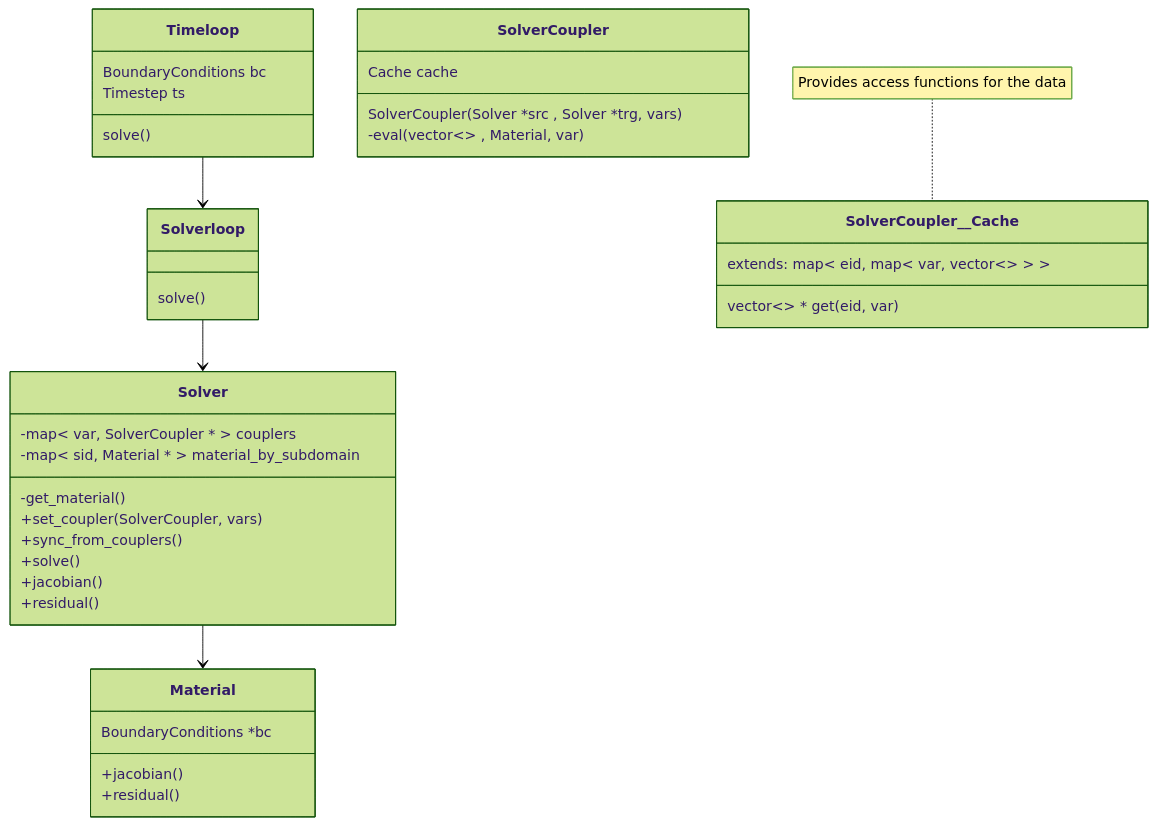
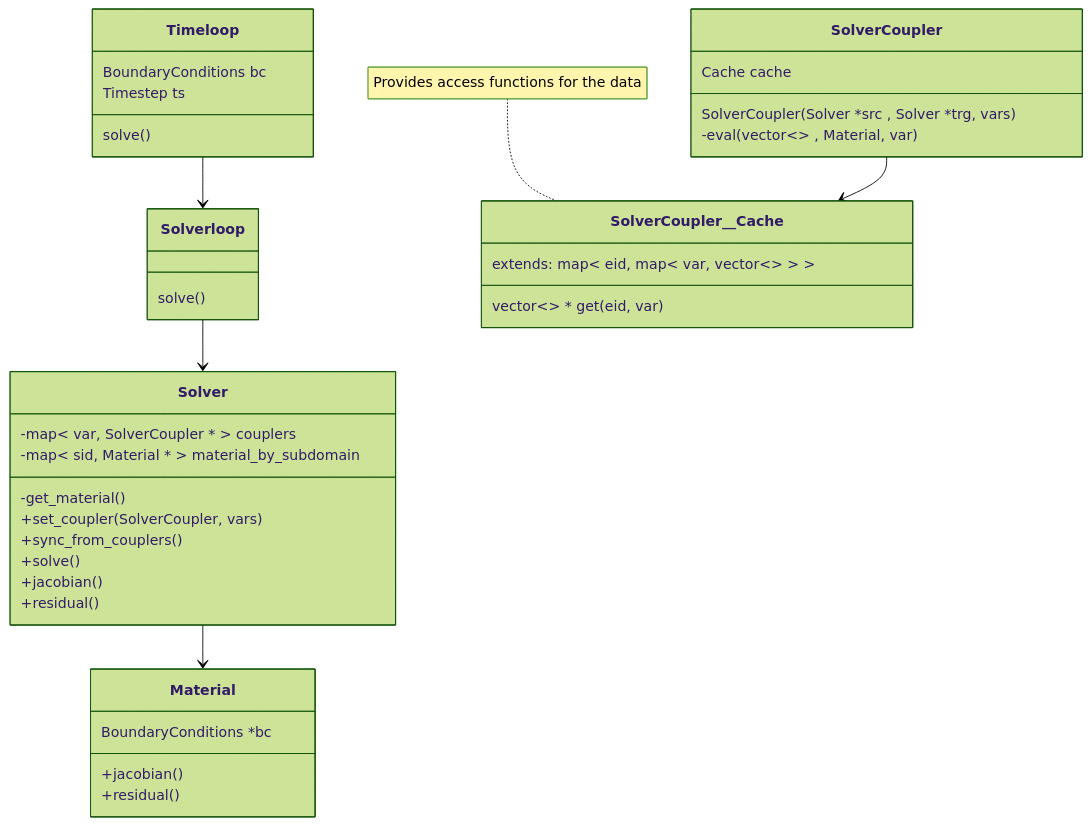
One commit to rebpoli/harpy changed the first of 2 diagrams in doc/Description.md. Above: the diagram before and after it, drawn with Mermaid (forest theme).

````diff
--- a/doc/Description.md
+++ b/doc/Description.md
@@ -20,49 +20,50 @@
 ```mermaid
 %% Interfaces, abstract classes
 classDiagram
     class Timeloop { 
         BoundaryConditions bc
         Timestep ts
         solve()
     }
 
     class Solverloop {
         solve()
     }
 
     %% Does the calculations and hold the cached data needed to couple SRC->TRG
     %% Can be specialized for more complex data types (e.g. stress or velocities)
     class SolverCoupler__Cache {
         extends: map< eid, map< var, vector<> > >
         vector<> * get( eid, var )
     }
     note for SolverCoupler__Cache "Provides access functions for the data"
     class SolverCoupler {
         SolverCoupler( Solver *src , Solver *trg, vars )
         Cache cache
         -eval( vector<> , Material, var )
     }
+    SolverCoupler --> SolverCoupler__Cache
 
     class Solver {
         -map< var, SolverCoupler * > couplers
         -map< sid, Material * > material_by_subdomain
         -get_material()
         +set_coupler(SolverCoupler, vars)
         +sync_from_couplers()
         +solve()
         +jacobian()
         +residual()
     }
 
 
     class Material {
         BoundaryConditions *bc
         +jacobian()
         +residual()
     }
 
     Timeloop --> Solverloop
     Solverloop --> Solver
     Solver --> Material
 
 ```
````
